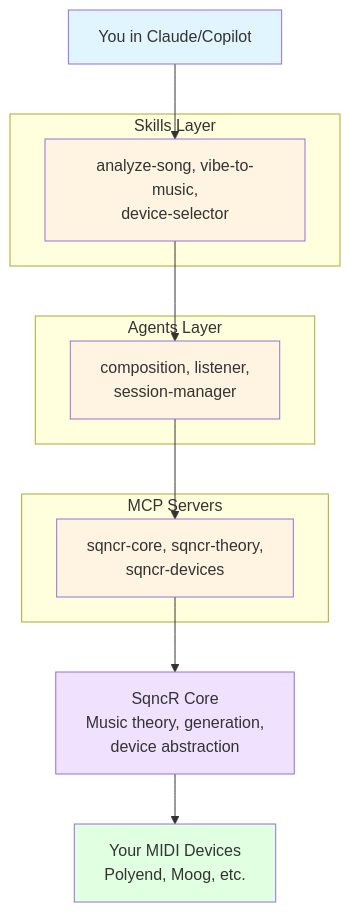
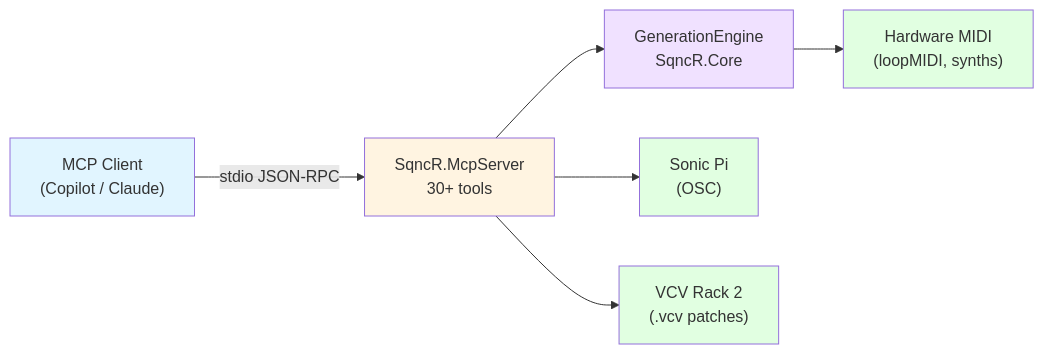
The diagram in README.md (bradygaster/SqncR), drawn with Mermaid before and after one commit. The commit also changed other lines of this file and 1 other file, not shown here.

First line of the commit message:
docs: rewrite README and MCP integration guide for V1 complete

````diff
--- a/README.md
+++ b/README.md
@@ -89,33 +71,22 @@
 ```mermaid
-flowchart TD
-    User["You in Claude/Copilot"]
-    
-    subgraph "Skills Layer"
-        Skills["analyze-song, vibe-to-music,<br/>device-selector"]
-    end
-    
-    subgraph "Agents Layer"
-        Agents["composition, listener,<br/>session-manager"]
-    end
-    
-    subgraph "MCP Servers"
-        MCP["sqncr-core, sqncr-theory,<br/>sqncr-devices"]
-    end
-    
-    Core["SqncR Core<br/>Music theory, generation,<br/>device abstraction"]
-    
-    Devices["Your MIDI Devices<br/>Polyend, Moog, etc."]
-    
-    User --> Skills
-    Skills --> Agents
-    Agents --> MCP
-    MCP --> Core
-    Core --> Devices
-    
-    style User fill:#e1f5ff
-    style Skills fill:#fff4e1
-    style Agents fill:#fff4e1
-    style MCP fill:#fff4e1
-    style Core fill:#f0e1ff
-    style Devices fill:#e1ffe1
+flowchart LR
+    Client["MCP Client\n(Copilot / Claude)"]
+    Server["SqncR.McpServer\n30+ tools"]
+    Engine["GenerationEngine\nSqncR.Core"]
+    MIDI["Hardware MIDI\n(loopMIDI, synths)"]
+    SP["Sonic Pi\n(OSC)"]
+    VCV["VCV Rack 2\n(.vcv patches)"]
+
+    Client -- stdio JSON-RPC --> Server
+    Server --> Engine
+    Engine --> MIDI
+    Server --> SP
+    Server --> VCV
+
+    style Client fill:#e1f5ff
+    style Server fill:#fff4e1
+    style Engine fill:#f0e1ff
+    style MIDI fill:#e1ffe1
+    style SP fill:#e1ffe1
+    style VCV fill:#e1ffe1
 ```
````
